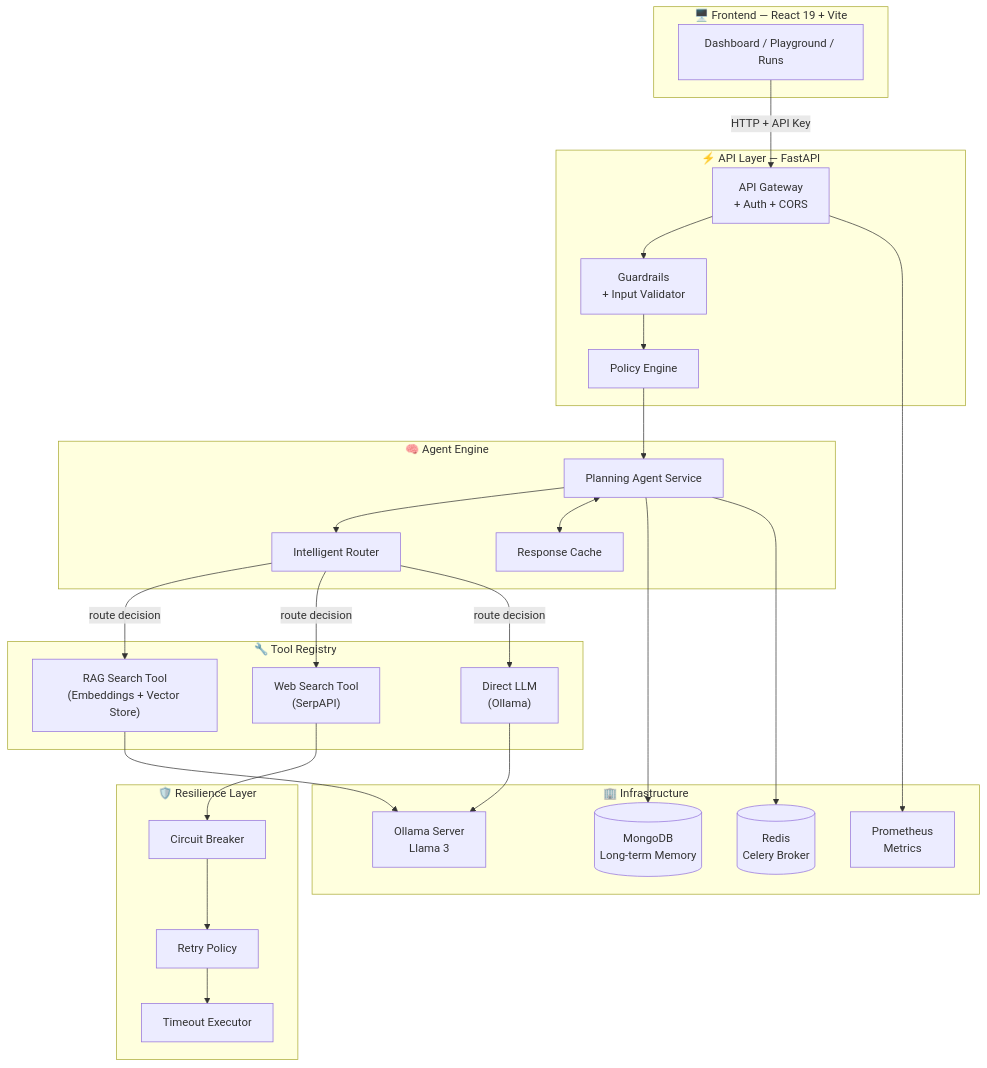
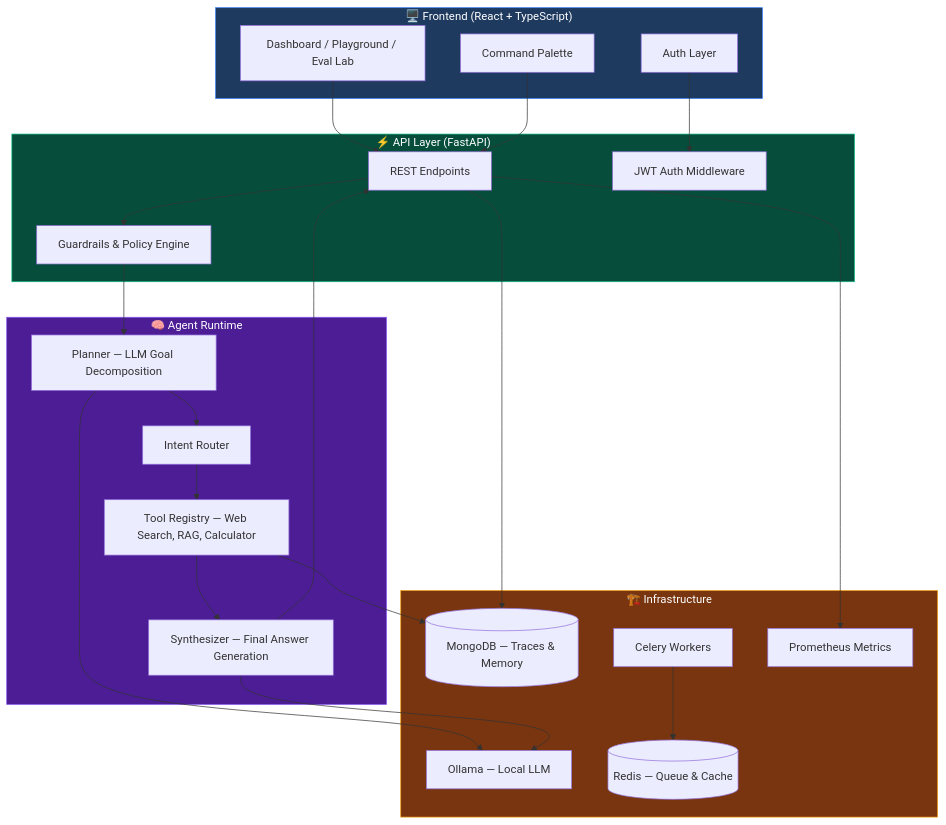
Before and after one commit to Joylan9/genai-agent-sprint: the diagram in README.md, drawn with Mermaid. The commit also changed other lines of this file and 7 other files, not shown here.

````diff
--- a/README.md
+++ b/README.md
@@ -112,52 +120,48 @@
 ```mermaid
-flowchart TB
-    subgraph CLIENT["🖥️ Frontend — React 19 + Vite"]
-        UI["Dashboard / Playground / Runs"]
+graph TB
+    subgraph Client["🖥️ Frontend (React + TypeScript)"]
+        UI[Dashboard / Playground / Eval Lab]
+        CMD[Command Palette]
+        AUTH[Auth Layer]
     end
 
-    subgraph API_LAYER["⚡ API Layer — FastAPI"]
-        GW["API Gateway\n+ Auth + CORS"]
-        GUARD["Guardrails\n+ Input Validator"]
-        POLICY["Policy Engine"]
+    subgraph API["⚡ API Layer (FastAPI)"]
+        REST[REST Endpoints]
+        JWT[JWT Auth Middleware]
+        GUARD[Guardrails & Policy Engine]
     end
 
-    subgraph AGENT_ENGINE["🧠 Agent Engine"]
-        ROUTER["Intelligent Router"]
-        PLANNER["Planning Agent Service"]
-        CACHE["Response Cache"]
+    subgraph Runtime["🧠 Agent Runtime"]
+        PLAN[Planner — LLM Goal Decomposition]
+        ROUTER[Intent Router]
+        TOOLS[Tool Registry — Web Search, RAG, Calculator]
+        SYNTH[Synthesizer — Final Answer Generation]
     end
 
-    subgraph TOOLS["🔧 Tool Registry"]
-        RAG["RAG Search Tool\n(Embeddings + Vector Store)"]
-        WEB["Web Search Tool\n(SerpAPI)"]
-        LLM_TOOL["Direct LLM\n(Ollama)"]
+    subgraph Infra["🏗️ Infrastructure"]
+        OLLAMA[Ollama — Local LLM]
+        MONGO[(MongoDB — Traces & Memory)]
+        REDIS[(Redis — Queue & Cache)]
+        CELERY[Celery Workers]
+        PROM[Prometheus Metrics]
     end
 
-    subgraph INFRA["🏢 Infrastructure"]
-        MONGO[("MongoDB\nLong-term Memory")]
-        REDIS[("Redis\nCelery Broker")]
-        OLLAMA["Ollama Server\nLlama 3"]
-        PROM["Prometheus\nMetrics"]
-    end
+    UI --> REST
+    CMD --> REST
+    AUTH --> JWT
+    REST --> GUARD --> PLAN
+    PLAN --> ROUTER --> TOOLS
+    TOOLS --> SYNTH
+    SYNTH --> REST
+    PLAN --> OLLAMA
+    SYNTH --> OLLAMA
+    TOOLS --> MONGO
+    REST --> MONGO
+    CELERY --> REDIS
+    REST --> PROM
 
-    subgraph RESILIENCE["🛡️ Resilience Layer"]
-        CB["Circuit Breaker"]
-        RETRY["Retry Policy"]
-        TIMEOUT["Timeout Executor"]
-    end
-
-    UI -->|HTTP + API Key| GW
-    GW --> GUARD --> POLICY --> PLANNER
-    PLANNER --> ROUTER
-    ROUTER -->|route decision| RAG
-    ROUTER -->|route decision| WEB
-    ROUTER -->|route decision| LLM_TOOL
-    PLANNER <--> CACHE
-    RAG --> OLLAMA
-    WEB --> CB
-    LLM_TOOL --> OLLAMA
-    CB --> RETRY --> TIMEOUT
-    PLANNER --> MONGO
-    PLANNER --> REDIS
-    GW --> PROM
+    style Client fill:#1e3a5f,stroke:#3b82f6,color:#fff
+    style API fill:#064e3b,stroke:#10b981,color:#fff
+    style Runtime fill:#4c1d95,stroke:#8b5cf6,color:#fff
+    style Infra fill:#78350f,stroke:#f59e0b,color:#fff
 ```
````
